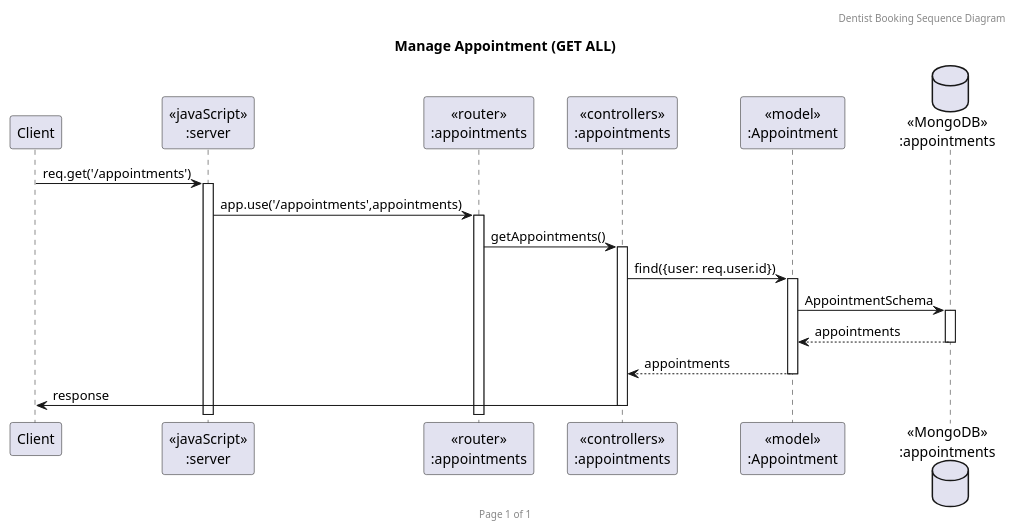
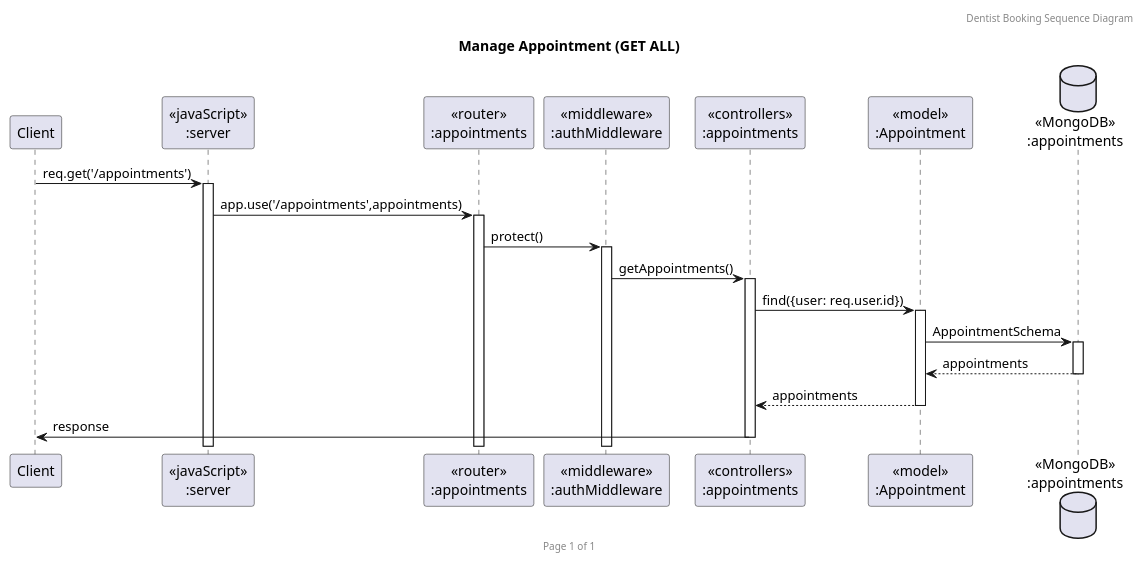
One commit to KoalaMuch/DentistBooking changed the diagram in doc/sequence_diagram/GetAllAppointments.puml. Above: the diagram before and after it, drawn with PlantUML. The commit also changed 10 other files, not shown here.

Commit message:
add middleware in seq diagram

```diff
--- a/doc/sequence_diagram/GetAllAppointments.puml
+++ b/doc/sequence_diagram/GetAllAppointments.puml
@@ -1,23 +1,25 @@
 @startuml Manage Appointment (GET ALL)
 
 header Dentist Booking Sequence Diagram
 footer Page %page% of %lastpage%
 title "Manage Appointment (GET ALL)"
 
 participant "Client" as client
 participant "<<javaScript>>\n:server" as server
 participant "<<router>>\n:appointments" as routerAppointments
+participant "<<middleware>>\n:authMiddleware" as authMiddleware
 participant "<<controllers>>\n:appointments" as controllersAppointments
 participant "<<model>>\n:Appointment" as modelAppointment
 database "<<MongoDB>>\n:appointments" as AppointmentsDatabase
 
 client->server ++:req.get('/appointments')
 server->routerAppointments ++:app.use('/appointments',appointments)
-routerAppointments -> controllersAppointments ++:getAppointments()
+routerAppointments -> authMiddleware ++:protect()
+authMiddleware -> controllersAppointments ++:getAppointments()
 controllersAppointments->modelAppointment ++:find({user: req.user.id})
 modelAppointment ->AppointmentsDatabase ++: AppointmentSchema
 AppointmentsDatabase --> modelAppointment --: appointments
 controllersAppointments <-- modelAppointment --:appointments
 controllersAppointments->client --:response
 
 @enduml
```
